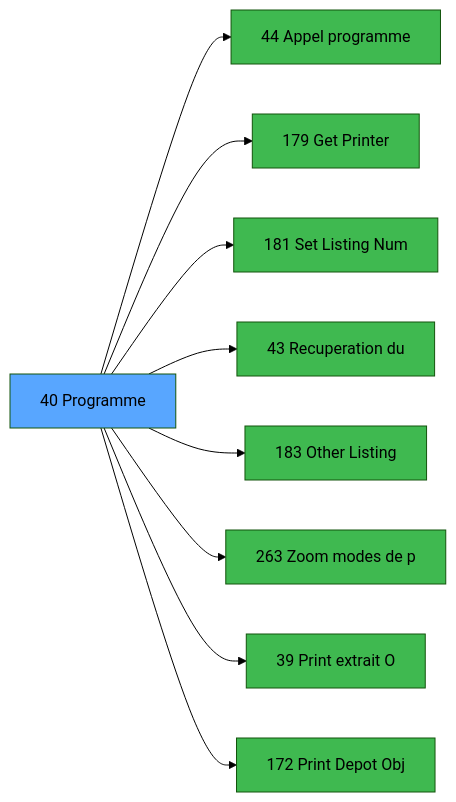
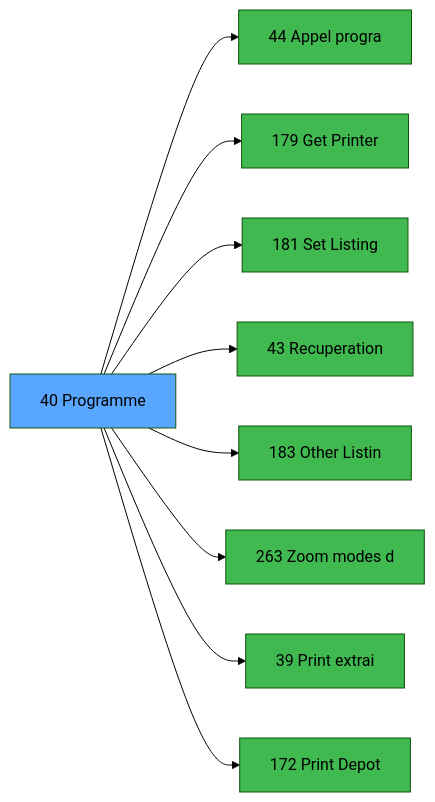
The third of 3 diagrams in .openspec/specs/ADH-IDE-40.md (thonyAGP/magic-migration), drawn with Mermaid (forest theme) before and after one commit. The commit also changed other lines of this file and 323 other files, not shown here.

````diff
--- a/.openspec/specs/ADH-IDE-40.md
+++ b/.openspec/specs/ADH-IDE-40.md
@@ -122,29 +136,29 @@
 ```mermaid
 graph LR
     T[40 Programme]
-    C44[44 Appel programme]
+    C44[44 Appel progra]
     T --> C44
     C179[179 Get Printer]
     T --> C179
-    C181[181 Set Listing Num]
+    C181[181 Set Listing ]
     T --> C181
-    C43[43 Recuperation du]
+    C43[43 Recuperation]
     T --> C43
-    C183[183 Other Listing]
+    C183[183 Other Listin]
     T --> C183
-    C263[263 Zoom modes de p]
+    C263[263 Zoom modes d]
     T --> C263
-    C39[39 Print extrait O]
+    C39[39 Print extrai]
     T --> C39
-    C172[172 Print Depot Obj]
+    C172[172 Print Depot ]
     T --> C172
     style T fill:#58a6ff,color:#000
     style C44 fill:#3fb950
     style C179 fill:#3fb950
     style C181 fill:#3fb950
     style C43 fill:#3fb950
     style C183 fill:#3fb950
     style C263 fill:#3fb950
     style C39 fill:#3fb950
     style C172 fill:#3fb950
 ```
````
